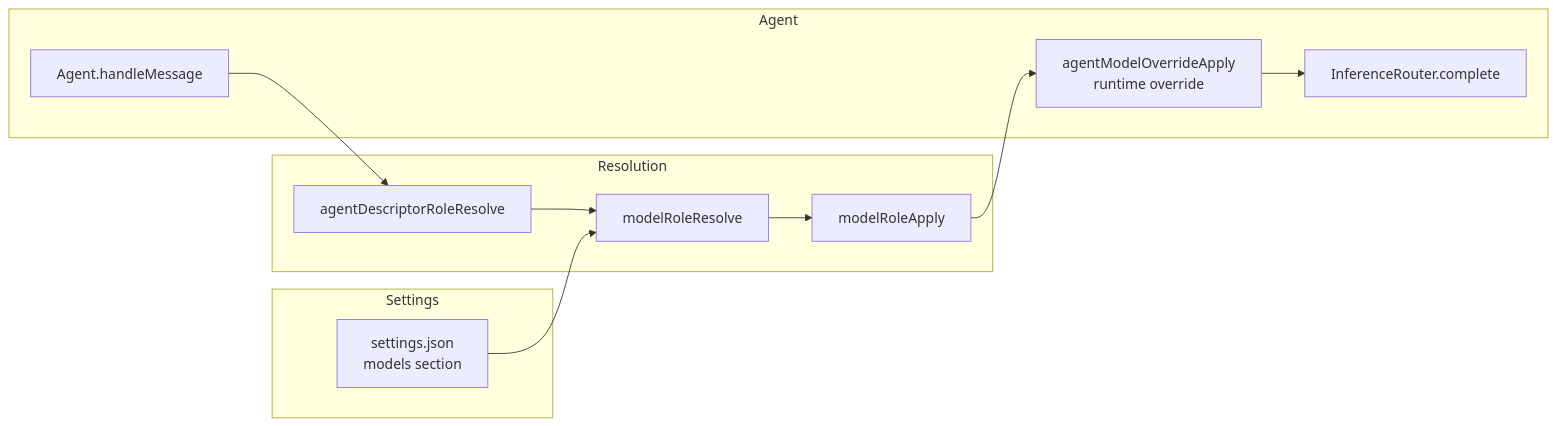
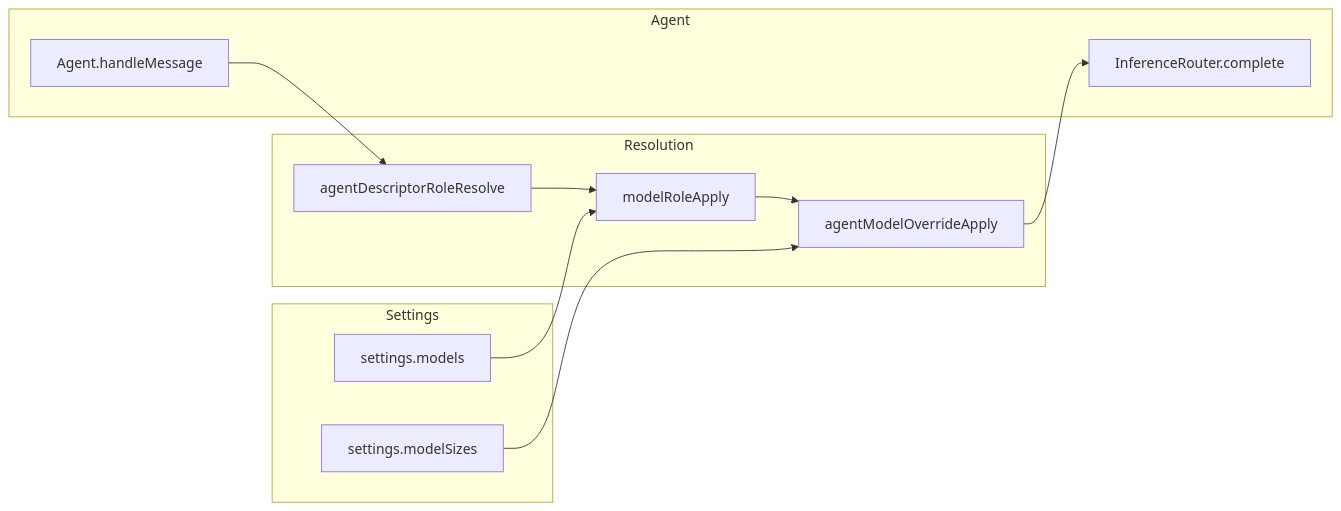
Before and after one commit to ex3ndr/daycare: the second of 2 diagrams in doc/concepts/models.md, drawn with Mermaid. The commit also changed other lines of this file and 74 other files, not shown here.

````diff
--- a/doc/concepts/models.md
+++ b/doc/concepts/models.md
@@ -70,19 +84,20 @@
 ```mermaid
 flowchart LR
     subgraph Settings
-        S[settings.json<br>models section]
+        S1[settings.models]
+        S2[settings.modelSizes]
     end
 
     subgraph Resolution
-        R1[agentDescriptorRoleResolve] --> R2[modelRoleResolve]
-        R2 --> R3[modelRoleApply]
+        R1[agentDescriptorRoleResolve] --> R2[modelRoleApply]
+        R2 --> R3[agentModelOverrideApply]
     end
 
     subgraph Agent
         A1[Agent.handleMessage] --> R1
-        R3 --> A2[agentModelOverrideApply<br>runtime override]
-        A2 --> A3[InferenceRouter.complete]
+        R3 --> A2[InferenceRouter.complete]
     end
 
-    S --> R2
+    S1 --> R2
+    S2 --> R3
 ```
````
